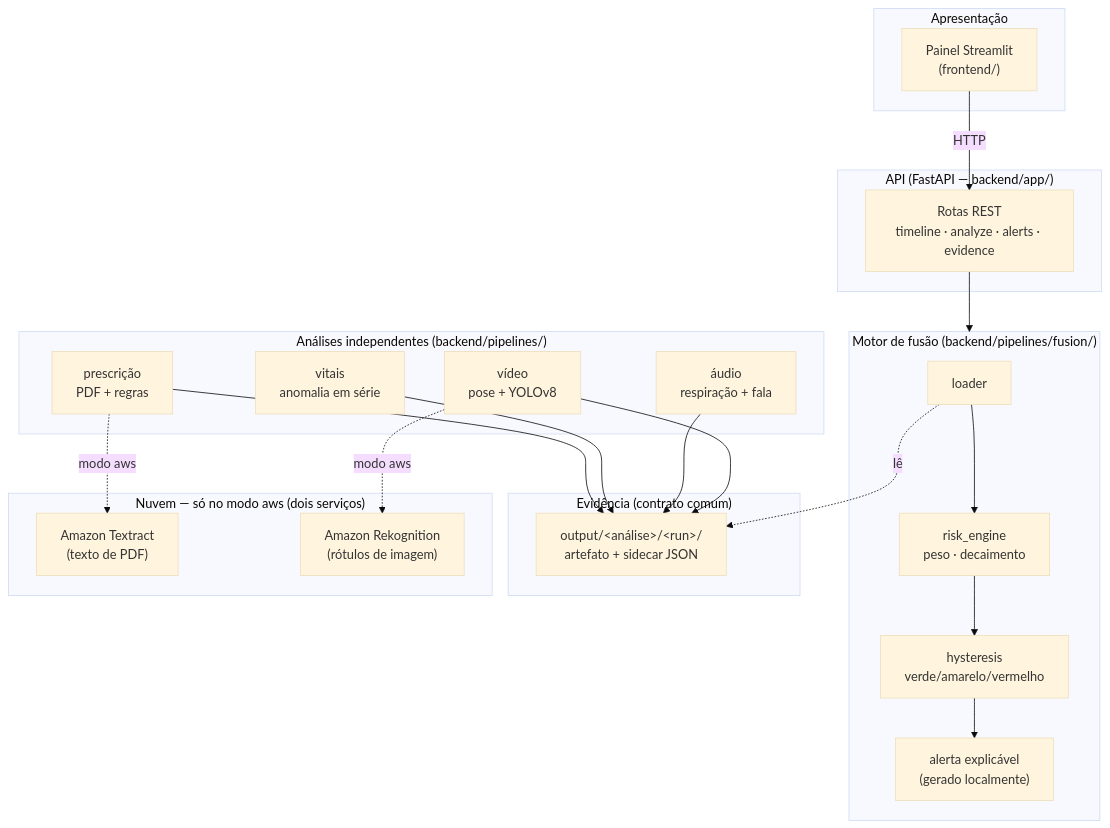
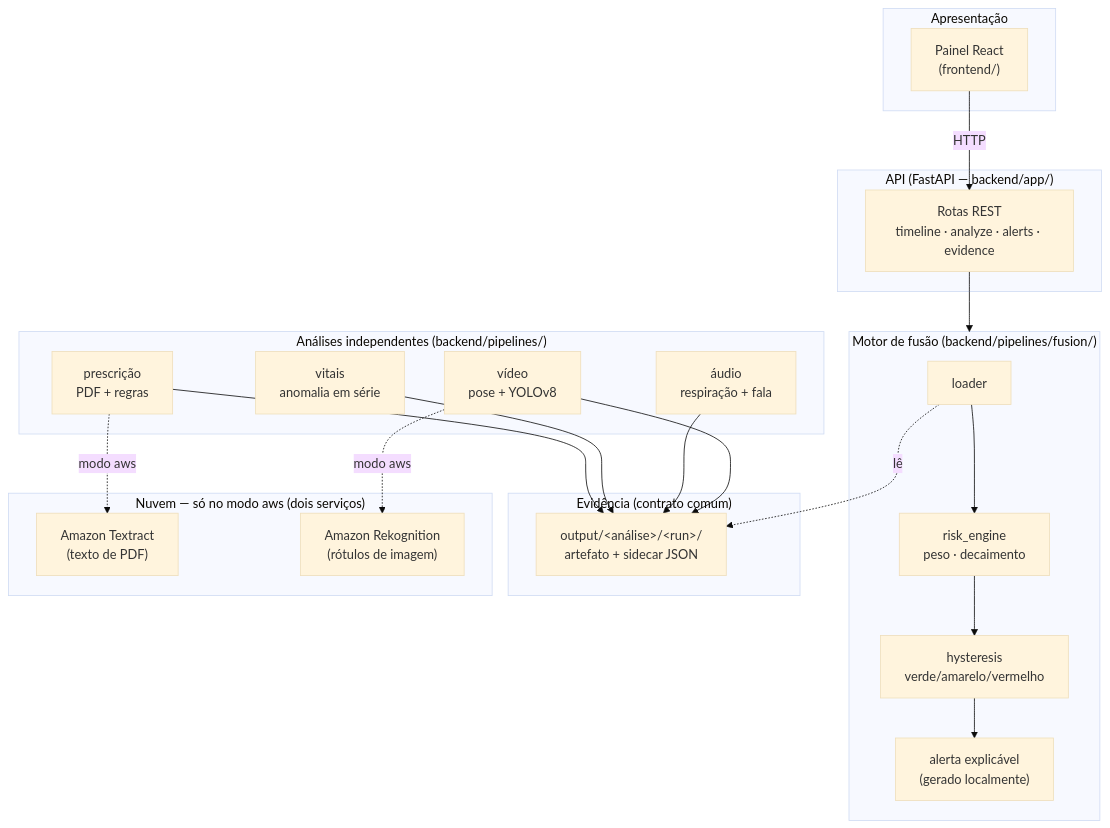
Before and after one commit to AnaPRodrigues/8iadt-tc-fase4-multi-monitoring: the diagram in README.md, drawn with Mermaid (base theme). The commit also changed other lines of this file and 23 other files, not shown here.

First line of the commit message:
feat(frontend): substitui o painel Streamlit por app React + Vite

````diff
--- a/README.md
+++ b/README.md
@@ -39,42 +39,42 @@
 ```mermaid
 flowchart TB
     subgraph FE["Apresentação"]
-        ST["Painel Streamlit<br/>(frontend/)"]
+        ST["Painel React<br/>(frontend/)"]
     end
 
     subgraph API["API (FastAPI — backend/app/)"]
         R["Rotas REST<br/>timeline · analyze · alerts · evidence"]
     end
 
     subgraph FUSION["Motor de fusão (backend/pipelines/fusion/)"]
         LO["loader"] --> RE["risk_engine<br/>peso · decaimento"]
         RE --> HY["hysteresis<br/>verde/amarelo/vermelho"]
         HY --> AL["alerta explicável<br/>(gerado localmente)"]
     end
 
     subgraph PIPES["Análises independentes (backend/pipelines/)"]
         V["vídeo<br/>pose + YOLOv8"]
         A["áudio<br/>respiração + fala"]
         VI["vitais<br/>anomalia em série"]
         PR["prescrição<br/>PDF + regras"]
     end
 
     subgraph EVID["Evidência (contrato comum)"]
         E["output/&lt;análise&gt;/&lt;run&gt;/<br/>artefato + sidecar JSON"]
     end
 
     subgraph CLOUD["Nuvem — só no modo aws (dois serviços)"]
         TX["Amazon Textract<br/>(texto de PDF)"]
         RK["Amazon Rekognition<br/>(rótulos de imagem)"]
     end
 
     ST -->|HTTP| R
     R --> FUSION
     V --> E
     A --> E
     VI --> E
     PR --> E
     LO -.lê.-> E
     PR -.modo aws.-> TX
     V -.modo aws.-> RK
 ```
````
